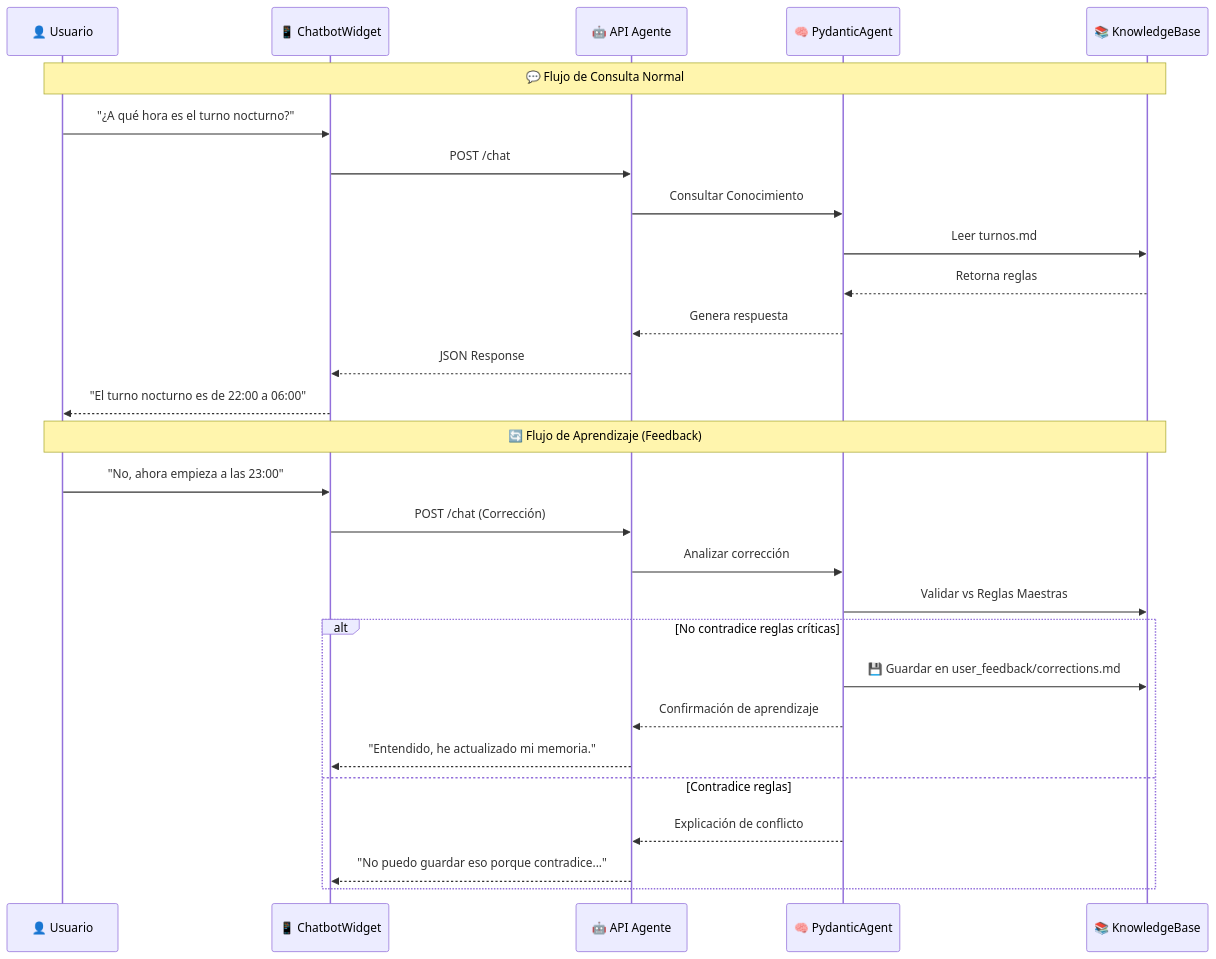
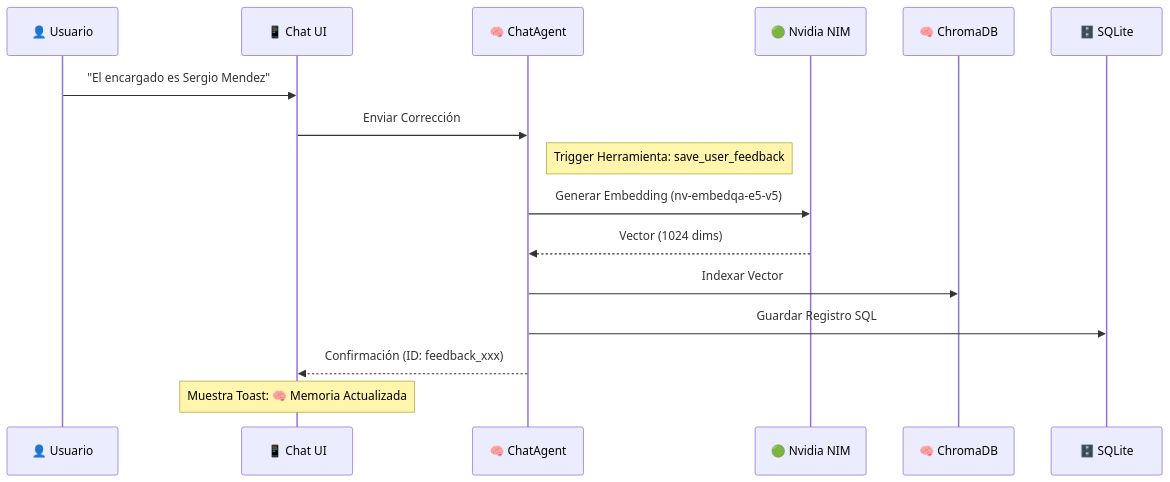
One commit to DennisonCc/ChatBot-Basadas changed the second of 2 diagrams in README.md. Above: the diagram before and after it, drawn with Mermaid. The commit also changed other lines of this file and 18 other files, not shown here.

````diff
--- a/README.md
+++ b/README.md
@@ -88,33 +92,19 @@
 ```mermaid
 sequenceDiagram
     participant U as 👤 Usuario
-    participant CW as 📱 ChatbotWidget
-    participant API as 🤖 API Agente
-    participant AG as 🧠 PydanticAgent
-    participant KB as 📚 KnowledgeBase
+    participant CW as 📱 Chat UI
+    participant AG as 🧠 ChatAgent
+    participant NV as 🟢 Nvidia NIM
+    participant CD as 🧠 ChromaDB
+    participant DB as 🗄️ SQLite
 
-    Note over U,KB: 💬 Flujo de Consulta Normal
-    U->>CW: "¿A qué hora es el turno nocturno?"
-    CW->>API: POST /chat
-    API->>AG: Consultar Conocimiento
-    AG->>KB: Leer turnos.md
-    KB-->>AG: Retorna reglas
-    AG-->>API: Genera respuesta
-    API-->>CW: JSON Response
-    CW-->>U: "El turno nocturno es de 22:00 a 06:00"
-
-    Note over U,KB: 🔄 Flujo de Aprendizaje (Feedback)
-    U->>CW: "No, ahora empieza a las 23:00"
-    CW->>API: POST /chat (Corrección)
-    API->>AG: Analizar corrección
-    AG->>KB: Validar vs Reglas Maestras
-    
-    alt No contradice reglas críticas
-        AG->>KB: 💾 Guardar en user_feedback/corrections.md
-        AG-->>API: Confirmación de aprendizaje
-        API-->>CW: "Entendido, he actualizado mi memoria."
-    else Contradice reglas
-        AG-->>API: Explicación de conflicto
-        API-->>CW: "No puedo guardar eso porque contradice..."
-    end
+    U->>CW: "El encargado es Sergio Mendez"
+    CW->>AG: Enviar Corrección
+    Note right of AG: Trigger Herramienta: save_user_feedback
+    AG->>NV: Generar Embedding (nv-embedqa-e5-v5)
+    NV-->>AG: Vector (1024 dims)
+    AG->>CD: Indexar Vector
+    AG->>DB: Guardar Registro SQL
+    AG-->>CW: Confirmación (ID: feedback_xxx)
+    Note over CW: Muestra Toast: 🧠 Memoria Actualizada
 ```
````
